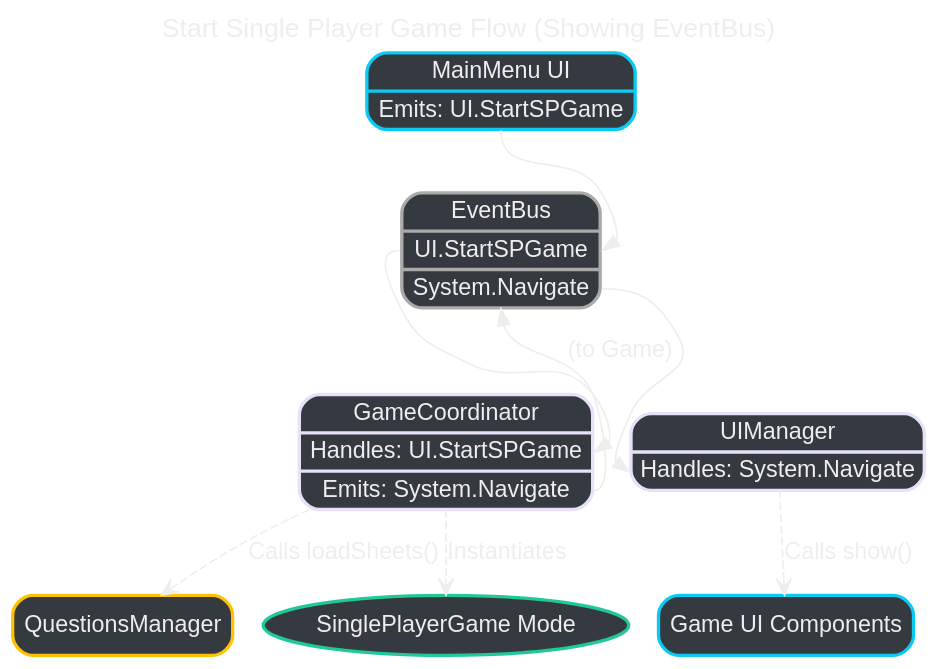
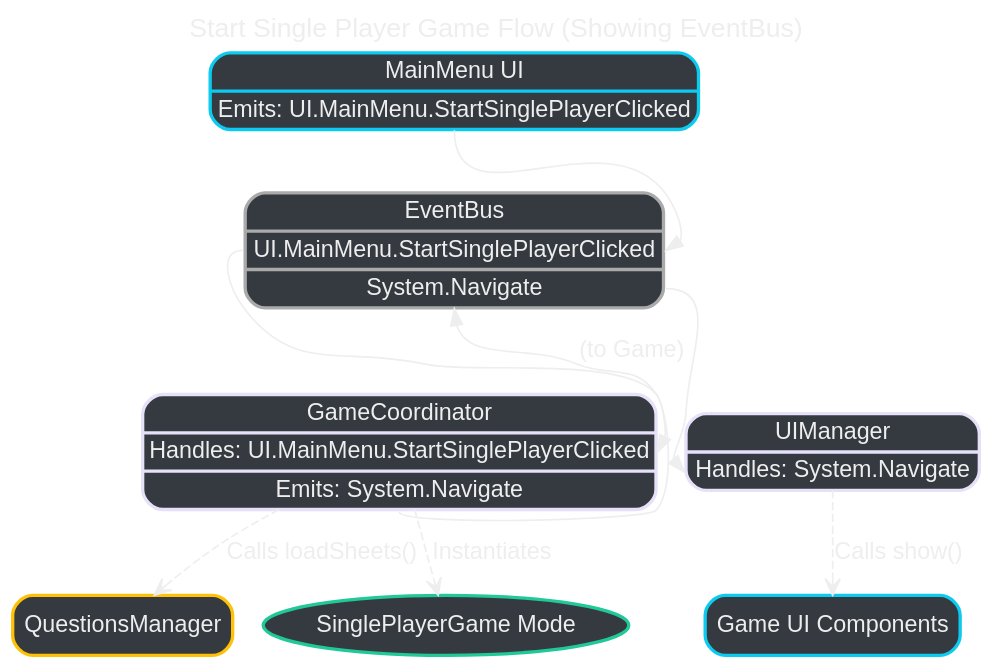
One commit to SchizoDuckie/unicornpoep changed the diagram in v2/docs/2-scenario-starting-a-single-player-game-with-bus.dot. Above: the diagram before and after it, drawn with Graphviz. The commit also changed 70 other files, not shown here.

```diff
--- a/v2/docs/2-scenario-starting-a-single-player-game-with-bus.dot
+++ b/v2/docs/2-scenario-starting-a-single-player-game-with-bus.dot
@@ -1,44 +1,44 @@
 digraph StartSPGame_WithBus {
     rankdir=TD;
     sep="0.6";
     overlap=false;
     bgcolor="transparent";
     fontname="Arial";
     node [shape=box, style="rounded,filled", fontcolor="#eeeeee", color="#eeeeee", fontname="Arial"];
     edge [fontcolor="#eeeeee", color="#eeeeee", fontname="Arial"];
     graph [label="Start Single Player Game Flow (Showing EventBus)", labelloc=t, fontsize=16, fontcolor="#eeeeee"];
 
     // Node Styles (Dark fill, specific border remains)
     MainMenuComponent [shape="record", fillcolor="#343a40", color="#0dcaf0", penwidth=2,
-                       label="{ MainMenu UI | {<emits_ui> Emits: UI.StartSPGame} }"];
+                       label="{ MainMenu UI | {<emits_ui> Emits: UI.MainMenu.StartSinglePlayerClicked} }"];
     GameCoordinator [shape="record", fillcolor="#343a40", color="#e6e0f8", penwidth=2,
-                     label="{ GameCoordinator | {<handles_ui> Handles: UI.StartSPGame} | {<emits_nav> Emits: System.Navigate} }"];
+                     label="{ GameCoordinator | {<handles_ui> Handles: UI.MainMenu.StartSinglePlayerClicked} | {<emits_nav> Emits: System.Navigate} }"];
     UIManager [shape="record", fillcolor="#343a40", color="#e6e0f8", penwidth=2,
                label="{ UIManager | {<handles_nav> Handles: System.Navigate} }"];
     QuestionsManager [label="QuestionsManager", fillcolor="#343a40", color="#ffc107", penwidth=2]; // Passive target
     SinglePlayerGame [label="SinglePlayerGame Mode", fillcolor="#343a40", color="#20c997", penwidth=2, shape=ellipse]; // Passive target
     GameUI [label="Game UI Components", fillcolor="#343a40", color="#0dcaf0", penwidth=2]; // Passive target
 
     // EventBus: Shows relevant UI and Navigation events
     EventBus [shape="record", fillcolor="#343a40", color="#aaaaaa", penwidth=2,
-              label="{ EventBus | {<evUI> UI.StartSPGame} | {<evNav> System.Navigate} }"];
+              label="{ EventBus | {<evUI> UI.MainMenu.StartSinglePlayerClicked} | {<evNav> System.Navigate} }"];
 
     // 1. User clicks 'Single Player' on Main Menu (Event)
     MainMenuComponent:emits_ui -> EventBus:evUI [label=""];
 
     // 2. GameCoordinator handles the request (Event)
     EventBus:evUI -> GameCoordinator:handles_ui [label=""];
 
     // 3. Coordinator prepares game (Direct Calls)
     GameCoordinator -> QuestionsManager [label=" Calls loadSheets()", style=dashed, arrowhead=open]; // Node-to-node, labeled
     GameCoordinator -> SinglePlayerGame [label=" Instantiates", style=dashed, arrowhead=open]; // Node-to-node, labeled
 
     // 4. Coordinator triggers navigation to game view (Event)
     GameCoordinator:emits_nav -> EventBus:evNav [label=" (to Game)"];
 
     // 5. UIManager handles navigation (Event)
     EventBus:evNav -> UIManager:handles_nav [label=""];
 
     // 6. UIManager shows the Game UI (Direct Call)
     UIManager -> GameUI [label=" Calls show()", style=dashed, arrowhead=open]; // Node-to-node, labeled
 } 
```
